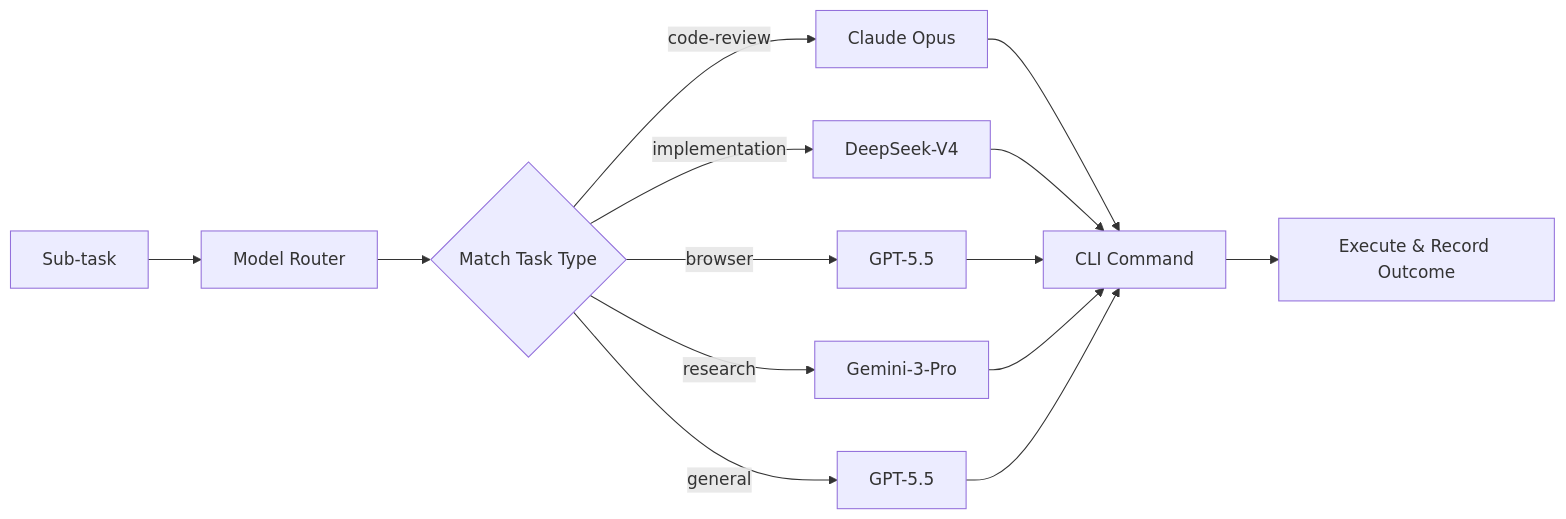
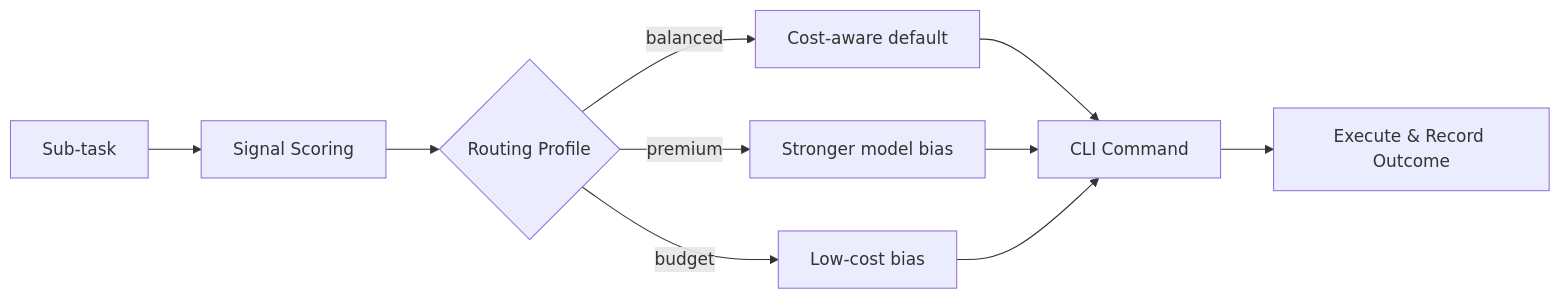
One commit to rexleimo/aios changed the diagram in docs-site/model-router.md. Above: the diagram before and after it, drawn with Mermaid. The commit also changed other lines of this file and 14 other files, not shown here.

Commit message:
feat(model-router): add balanced v2 signal routing profiles

````diff
--- a/docs-site/model-router.md
+++ b/docs-site/model-router.md
@@ -14,16 +14,12 @@
 ```mermaid
 graph LR
-    A[Sub-task] --> B[Model Router]
-    B --> C{Match Task Type}
-    C -->|code-review| D[Claude Opus]
-    C -->|implementation| E[DeepSeek-V4]
-    C -->|browser| F[GPT-5.5]
-    C -->|research| G[Gemini-3-Pro]
-    C -->|general| H[GPT-5.5]
-    D --> I[CLI Command]
-    E --> I
-    F --> I
-    G --> I
-    H --> I
-    I --> J[Execute & Record Outcome]
+    A[Sub-task] --> B[Signal Scoring]
+    B --> C{Routing Profile}
+    C -->|balanced| D[Cost-aware default]
+    C -->|premium| E[Stronger model bias]
+    C -->|budget| F[Low-cost bias]
+    D --> G[CLI Command]
+    E --> G
+    F --> G
+    G --> H[Execute & Record Outcome]
 ```
````
